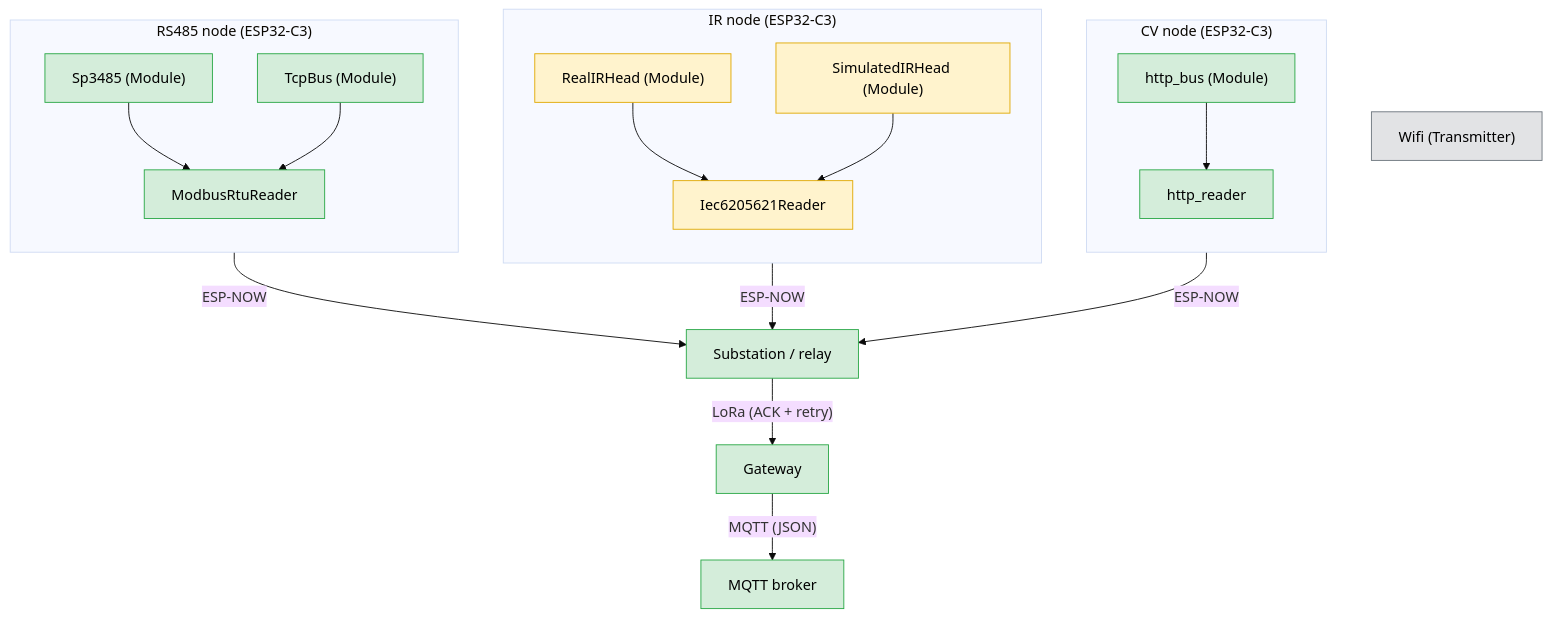
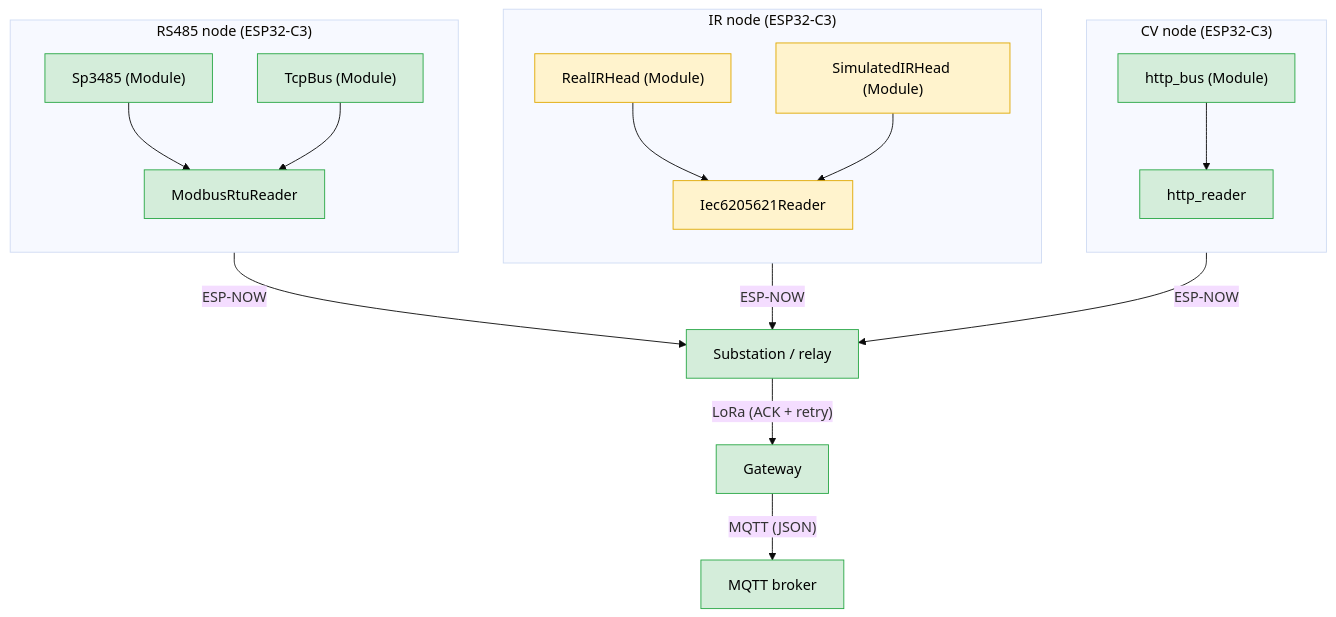
Before and after one commit to foucault-dynamics/IoT-Firmware: the diagram in README.md, drawn with Mermaid (base theme). The commit also changed other lines of this file, not shown here.

Commit message:
Removed the Transmitted node in the system overview

````diff
--- a/README.md
+++ b/README.md
@@ -23,35 +23,31 @@
 ```mermaid
 flowchart TD
     subgraph rs485["RS485 node (ESP32-C3)"]
         direction TB
         A["Sp3485 (Module)"] --> R1["ModbusRtuReader"]
         B["TcpBus (Module)"] --> R1
     end
 
     subgraph ir["IR node (ESP32-C3)"]
         direction TB
         C["RealIRHead (Module)"] --> R2["Iec6205621Reader"]
         D["SimulatedIRHead (Module)"] --> R2
     end
 
     subgraph cv["CV node (ESP32-C3)"]
         direction TB
         E["http_bus (Module)"] --> R3["http_reader"]
     end
 
-    W["Wifi (Transmitter)"]
-
     rs485 -->|"ESP-NOW"| S["Substation / relay"]
     ir -->|"ESP-NOW"| S
     cv -->|"ESP-NOW"| S
     S -->|"LoRa (ACK + retry)"| G["Gateway"]
     G -->|"MQTT (JSON)"| M["MQTT broker"]
 
     classDef working fill:#d4edda,stroke:#28a745,color:#000
     classDef untested fill:#fff3cd,stroke:#e0a800,color:#000
-    classDef pending fill:#e2e3e5,stroke:#6c757d,color:#000
 
     class A,B,R1,E,R3,S,G,M working
     class C,D,R2 untested
-    class W pending
 ```
````
